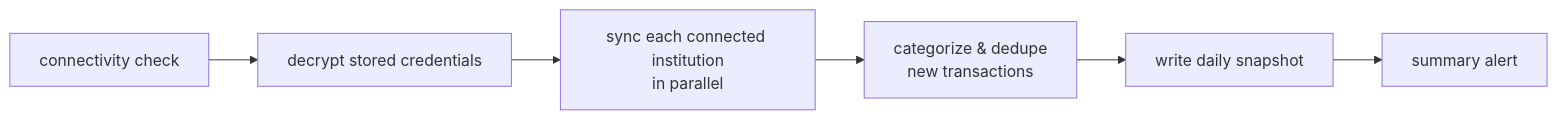
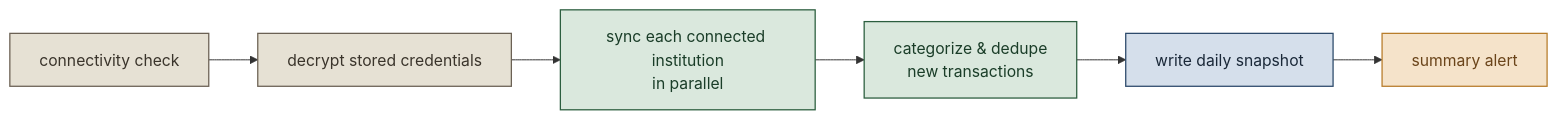
One commit to m-dur/docs changed the second of 4 diagrams in README.md. Above: the diagram before and after it, drawn with Mermaid. The commit also changed other lines of this file, not shown here.

First line of the commit message:
Color-code diagrams semantically

````diff
--- a/README.md
+++ b/README.md
@@ -65,11 +81,21 @@
 ```mermaid
 flowchart LR
     CHK["connectivity check"]
     TOK["decrypt stored credentials"]
     SYNC["sync each connected institution<br/>in parallel"]
     PROC["categorize &amp; dedupe<br/>new transactions"]
     SNAP["write daily snapshot"]
     NOTIF["summary alert"]
 
     CHK --> TOK --> SYNC --> PROC --> SNAP --> NOTIF
+
+    classDef setupCls   fill:#e6e1d4,stroke:#6b6154,color:#3a342b,stroke-width:1.3px
+    classDef processCls fill:#dae8dd,stroke:#2c5e3f,color:#1a3d28,stroke-width:1.3px
+    classDef storeCls   fill:#d5dfeb,stroke:#2d4a6b,color:#1a2838,stroke-width:1.3px
+    classDef notifCls   fill:#f5e3ca,stroke:#b87d2b,color:#6a441a,stroke-width:1.3px
+
+    class CHK,TOK setupCls
+    class SYNC,PROC processCls
+    class SNAP storeCls
+    class NOTIF notifCls
 ```
````
